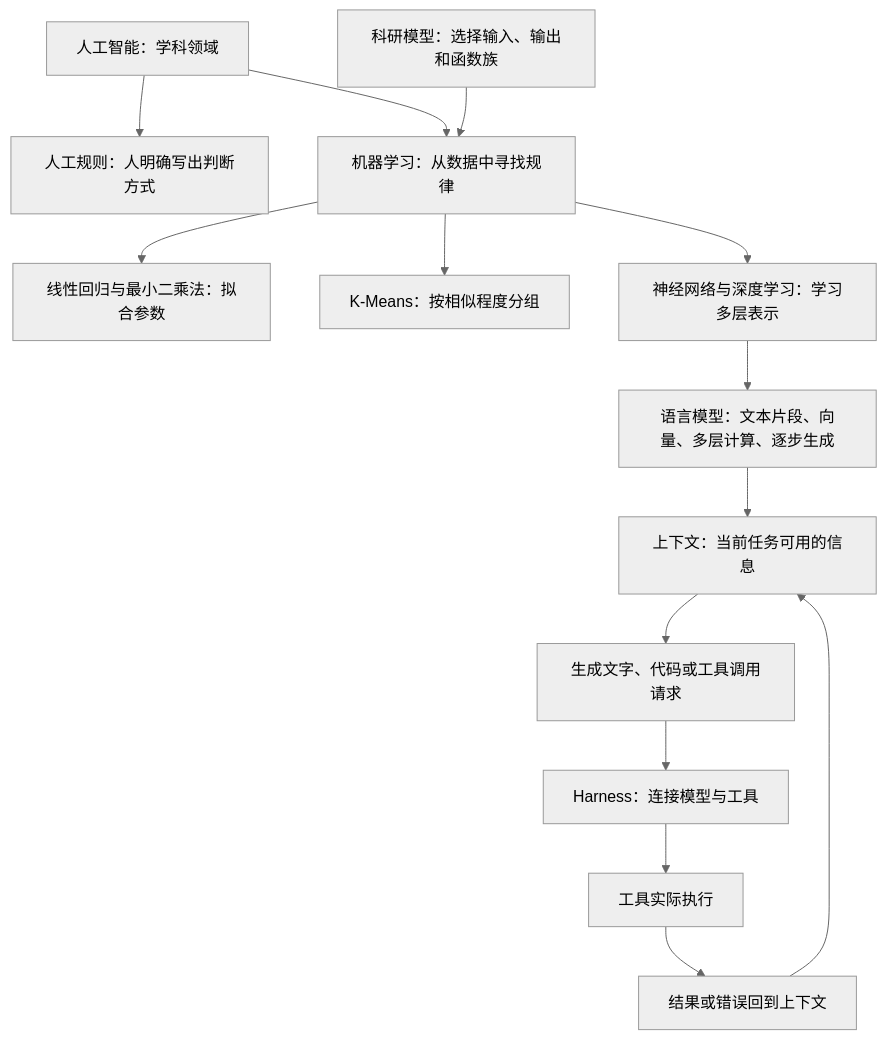
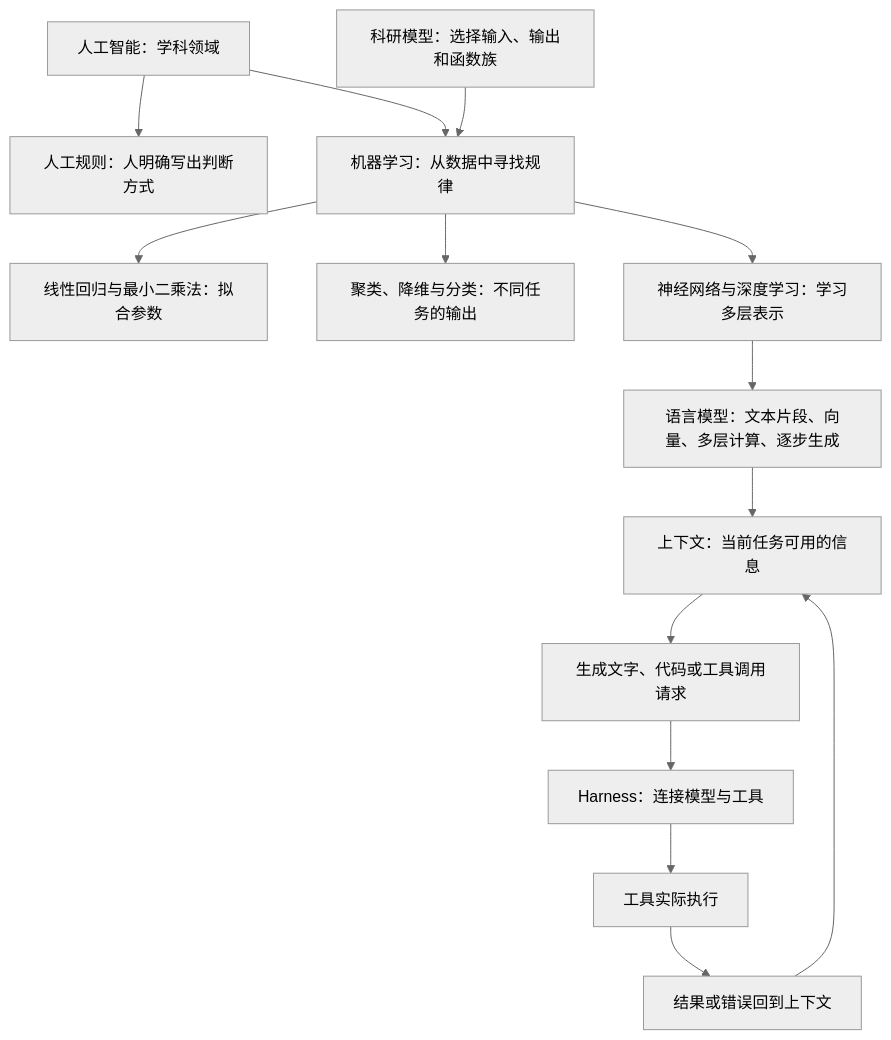
One commit to shadowater/ai-for-mat-science changed the diagram in lesson01/内容/04_AI与Agent的工作方式.md. Above: the diagram before and after it, drawn with Mermaid (neutral theme). The commit also changed other lines of this file and 22 other files, not shown here.

````diff
--- a/lesson01/内容/04_AI与Agent的工作方式.md
+++ b/lesson01/内容/04_AI与Agent的工作方式.md
@@ -24,16 +22,16 @@
 ```mermaid
 flowchart TD
     AI[人工智能：学科领域] --> Rule[人工规则：人明确写出判断方式]
     AI --> ML[机器学习：从数据中寻找规律]
     Model[科研模型：选择输入、输出和函数族] --> ML
     ML --> Fit[线性回归与最小二乘法：拟合参数]
-    ML --> KM[K-Means：按相似程度分组]
+    ML --> KM[聚类、降维与分类：不同任务的输出]
     ML --> NN[神经网络与深度学习：学习多层表示]
     NN --> LLM[语言模型：文本片段、向量、多层计算、逐步生成]
     LLM --> Context[上下文：当前任务可用的信息]
     Context --> Request[生成文字、代码或工具调用请求]
     Request --> Harness[Harness：连接模型与工具]
     Harness --> Tool[工具实际执行]
     Tool --> Feedback[结果或错误回到上下文]
     Feedback --> Context
 ```
````
